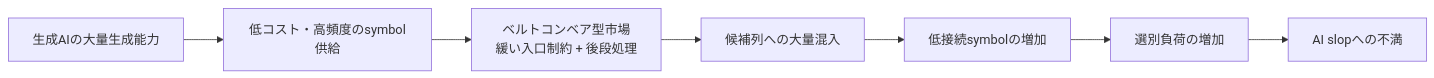
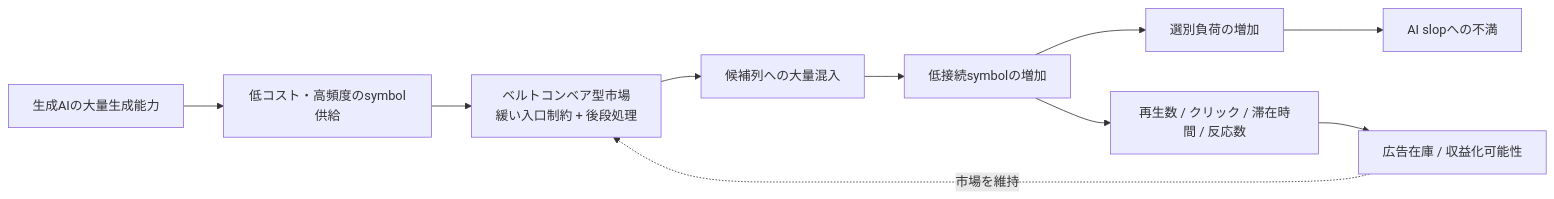
Before and after one commit to kuroam/hss-observation-reports: the third of 3 diagrams in reports/ja/006_ai_slop_conveyor_belt.md, drawn with Mermaid. The commit also changed other lines of this file, not shown here.

````diff
--- a/reports/ja/006_ai_slop_conveyor_belt.md
+++ b/reports/ja/006_ai_slop_conveyor_belt.md
@@ -155,10 +177,14 @@
 ```mermaid
 flowchart LR
   A[生成AIの大量生成能力]
     --> B[低コスト・高頻度のsymbol供給]
     --> C[ベルトコンベア型市場<br/>緩い入口制約 + 後段処理]
     --> D[候補列への大量混入]
     --> E[低接続symbolの増加]
     --> F[選別負荷の増加]
     --> G[AI slopへの不満]
+
+  E --> H[再生数 / クリック / 滞在時間 / 反応数]
+  H --> I[広告在庫 / 収益化可能性]
+  I -.市場を維持.-> C
 ```
````
